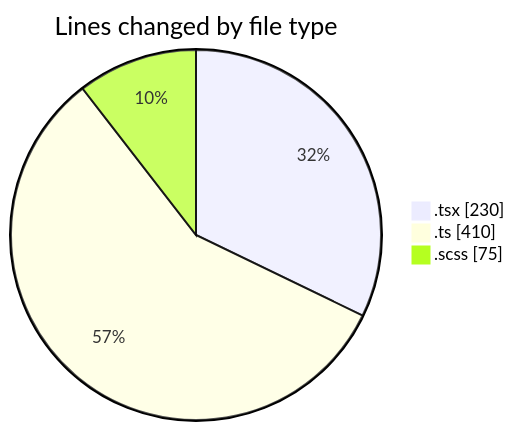
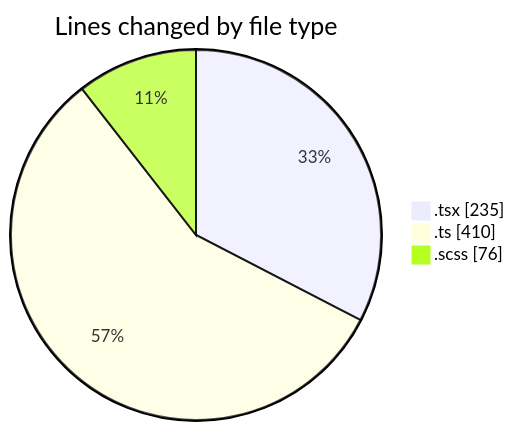
One commit to momahboobian/code-tracking changed the first of 2 diagrams in 2026-03-26/cda/README.md. Above: the diagram before and after it, drawn with Mermaid. The commit also changed other lines of this file and 1 other file, not shown here.

````diff
--- a/2026-03-26/cda/README.md
+++ b/2026-03-26/cda/README.md
@@ -23,7 +23,7 @@
 ```mermaid
 pie showData
 title Lines changed by file type
-".tsx" : 230
+".tsx" : 235
 ".ts" : 410
-".scss" : 75
+".scss" : 76
 ```
````
